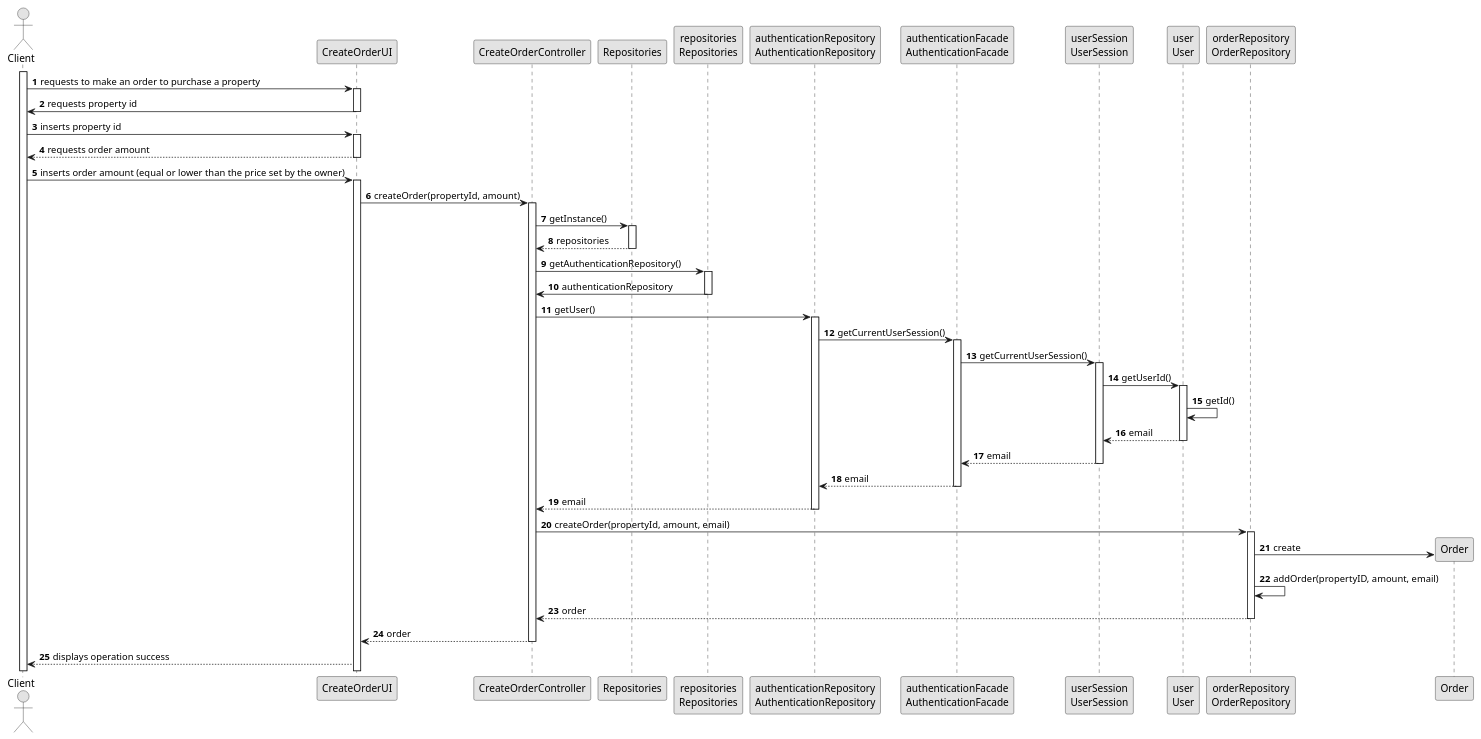
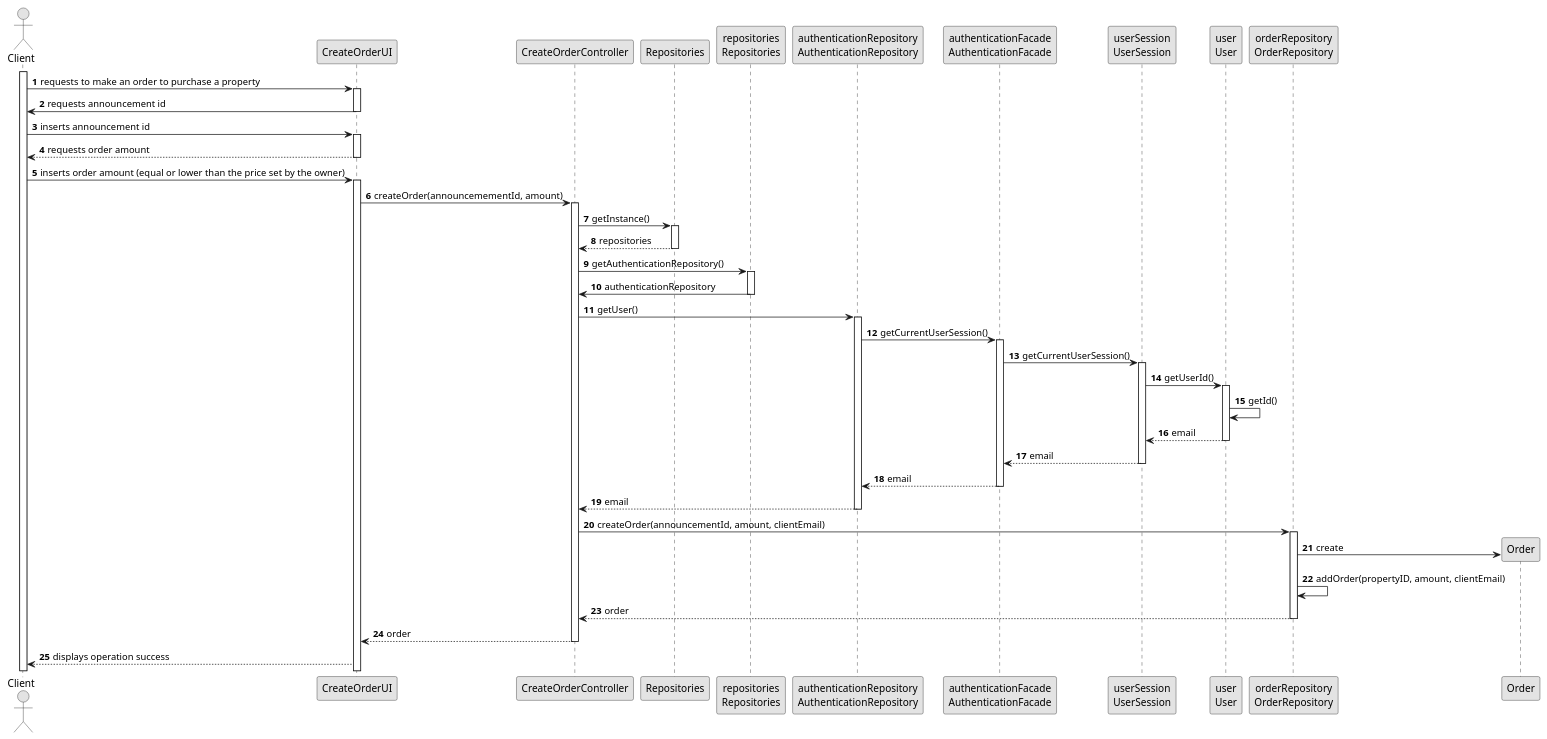
The diagram in docs/sprintC/us010/03.design/puml/us010-sequence-diagram-full.puml (Goncalves2525/real-estate-management-system), drawn with PlantUML before and after one commit. The commit also changed 8 other files, not shown here.

```diff
--- a/docs/sprintC/us010/03.design/puml/us010-sequence-diagram-full.puml
+++ b/docs/sprintC/us010/03.design/puml/us010-sequence-diagram-full.puml
@@ -1,100 +1,100 @@
 @startuml
 skinparam monochrome true
 skinparam packageStyle rectangle
 skinparam shadowing false
 
 autonumber
 
 'hide footbox
 actor "Client" as client
 participant "CreateOrderUI" as ui
 participant "CreateOrderController" as ctrl
 participant "Repositories" as REPOS
 participant "repositories\nRepositories" as repos
 participant "authenticationRepository\nAuthenticationRepository" as AuthenticationRepository
 participant "authenticationFacade\nAuthenticationFacade" as AuthenticationFacade
 participant "userSession\nUserSession" as UserSession
 participant "user\nUser" as user
 participant "orderRepository\nOrderRepository" as OrderRepository
 
 
 
 
 
 activate client
 
     client -> ui : requests to make an order to purchase a property
     activate ui
 
-    ui -> client : requests property id
+    ui -> client : requests announcement id
     deactivate ui
 
-    client -> ui : inserts property id
+    client -> ui : inserts announcement id
     activate ui
 
     ui --> client : requests order amount
     deactivate ui
 
     client -> ui : inserts order amount (equal or lower than the price set by the owner)
     activate ui
 
-    ui -> ctrl : createOrder(propertyId, amount)
+    ui -> ctrl : createOrder(announcemementId, amount)
     activate ctrl
 
     ctrl -> REPOS : getInstance()
     activate REPOS
 
     REPOS --> ctrl : repositories
     deactivate REPOS
 
     ctrl -> repos : getAuthenticationRepository()
     activate repos
 
     repos -> ctrl : authenticationRepository
     deactivate repos
 
     ctrl -> AuthenticationRepository : getUser()
     activate AuthenticationRepository
 
     AuthenticationRepository -> AuthenticationFacade : getCurrentUserSession()
     activate AuthenticationFacade
 
     AuthenticationFacade -> UserSession : getCurrentUserSession()
     activate UserSession
 
     UserSession -> user : getUserId()
     activate user
 
     user -> user : getId()
 
     user --> UserSession : email
     deactivate user
 
     UserSession --> AuthenticationFacade : email
     deactivate UserSession
 
     AuthenticationFacade --> AuthenticationRepository : email
     deactivate AuthenticationFacade
 
     AuthenticationRepository --> ctrl : email
     deactivate AuthenticationRepository
 
-    ctrl -> OrderRepository : createOrder(propertyId, amount, email)
+    ctrl -> OrderRepository : createOrder(announcementId, amount, clientEmail)
     activate OrderRepository
 
     OrderRepository -> Order** : create
 
-    OrderRepository -> OrderRepository : addOrder(propertyID, amount, email)
+    OrderRepository -> OrderRepository : addOrder(propertyID, amount, clientEmail)
 
     OrderRepository --> ctrl : order
     deactivate OrderRepository
 
     ctrl --> ui : order
     deactivate ctrl
 
     ui --> client : displays operation success
 
 
 
 
 @enduml
```
